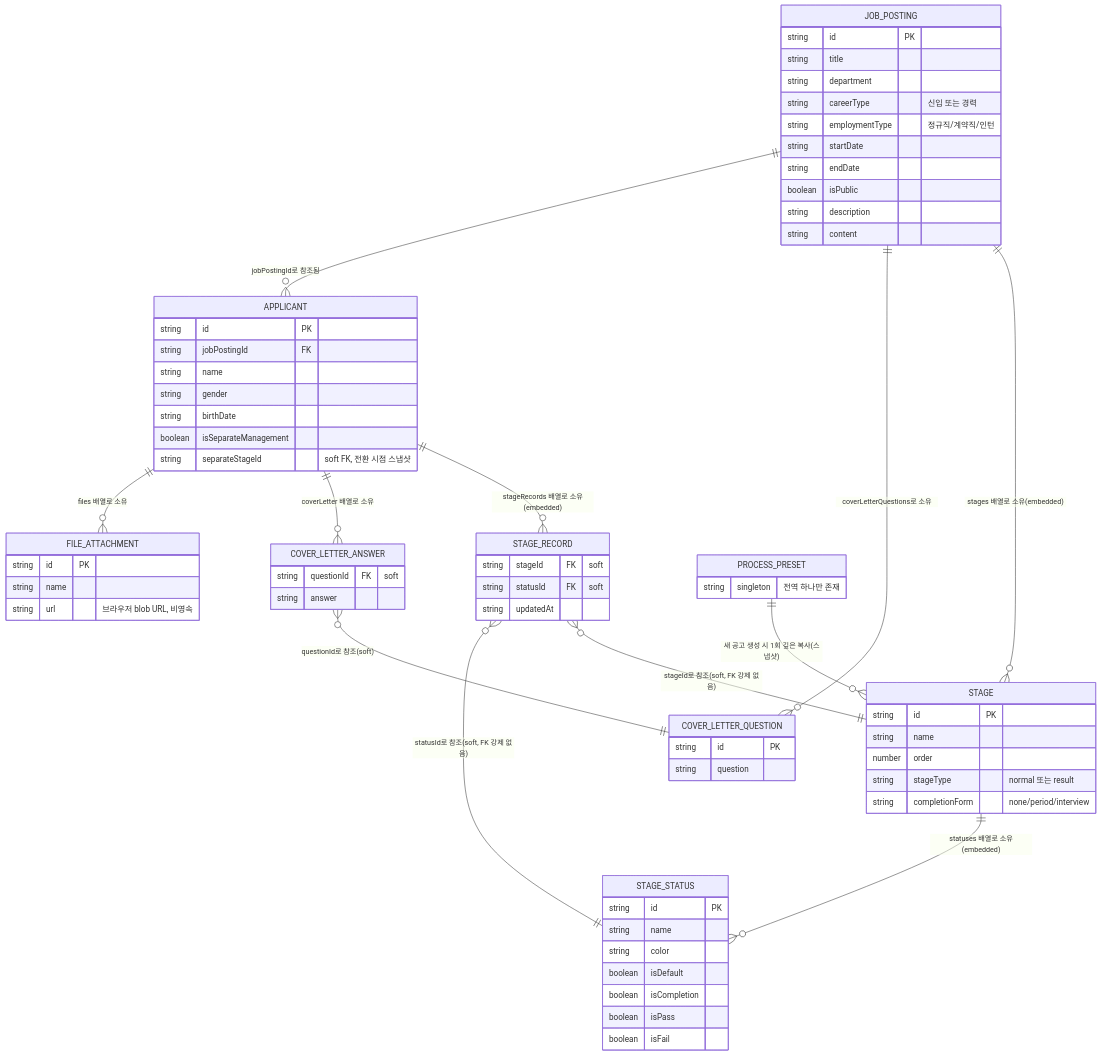
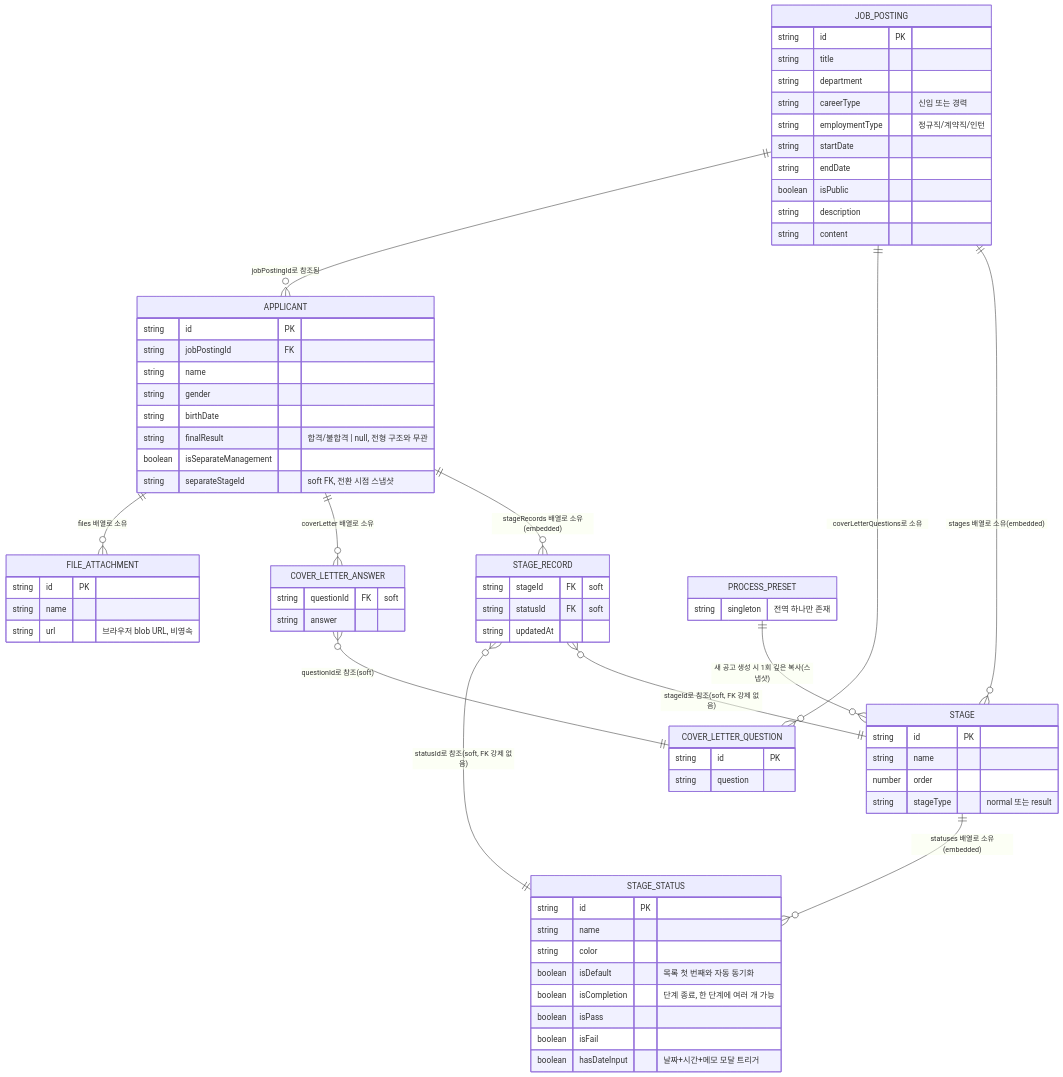
Before and after one commit to kkiwing/pnc-recruit: the diagram in docs/functional-spec.md, drawn with Mermaid. The commit also changed other lines of this file and 1 other file, not shown here.

````diff
--- a/docs/functional-spec.md
+++ b/docs/functional-spec.md
@@ -22,73 +22,74 @@
 ```mermaid
 erDiagram
     JOB_POSTING ||--o{ STAGE : "stages 배열로 소유(embedded)"
     STAGE ||--o{ STAGE_STATUS : "statuses 배열로 소유(embedded)"
     JOB_POSTING ||--o{ COVER_LETTER_QUESTION : "coverLetterQuestions로 소유"
     JOB_POSTING ||--o{ APPLICANT : "jobPostingId로 참조됨"
     APPLICANT ||--o{ STAGE_RECORD : "stageRecords 배열로 소유(embedded)"
     APPLICANT ||--o{ COVER_LETTER_ANSWER : "coverLetter 배열로 소유"
     APPLICANT ||--o{ FILE_ATTACHMENT : "files 배열로 소유"
     STAGE_RECORD }o--|| STAGE : "stageId로 참조(soft, FK 강제 없음)"
     STAGE_RECORD }o--|| STAGE_STATUS : "statusId로 참조(soft, FK 강제 없음)"
     COVER_LETTER_ANSWER }o--|| COVER_LETTER_QUESTION : "questionId로 참조(soft)"
     PROCESS_PRESET ||--o{ STAGE : "새 공고 생성 시 1회 깊은 복사(스냅샷)"
 
     JOB_POSTING {
         string id PK
         string title
         string department
         string careerType "신입 또는 경력"
         string employmentType "정규직/계약직/인턴"
         string startDate
         string endDate
         boolean isPublic
         string description
         string content
     }
     STAGE {
         string id PK
         string name
         number order
         string stageType "normal 또는 result"
-        string completionForm "none/period/interview"
     }
     STAGE_STATUS {
         string id PK
         string name
         string color
-        boolean isDefault
-        boolean isCompletion
+        boolean isDefault "목록 첫 번째와 자동 동기화"
+        boolean isCompletion "단계 종료, 한 단계에 여러 개 가능"
         boolean isPass
         boolean isFail
+        boolean hasDateInput "날짜+시간+메모 모달 트리거"
     }
     APPLICANT {
         string id PK
         string jobPostingId FK
         string name
         string gender
         string birthDate
+        string finalResult "합격/불합격 | null, 전형 구조와 무관"
         boolean isSeparateManagement
         string separateStageId "soft FK, 전환 시점 스냅샷"
     }
     STAGE_RECORD {
         string stageId FK "soft"
         string statusId FK "soft"
         string updatedAt
     }
     COVER_LETTER_QUESTION {
         string id PK
         string question
     }
     COVER_LETTER_ANSWER {
         string questionId FK "soft"
         string answer
     }
     FILE_ATTACHMENT {
         string id PK
         string name
         string url "브라우저 blob URL, 비영속"
     }
     PROCESS_PRESET {
         string singleton "전역 하나만 존재"
     }
 ```
````
